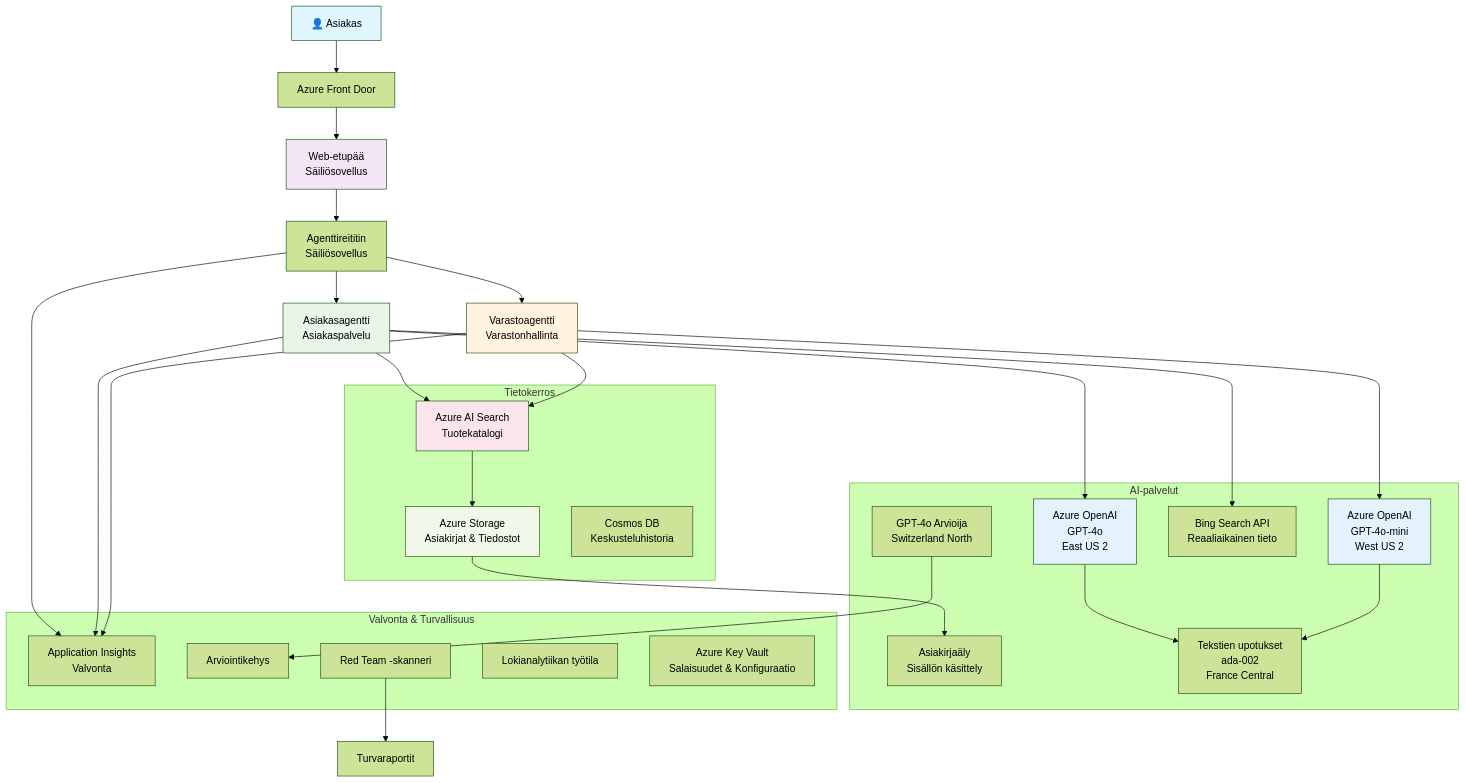
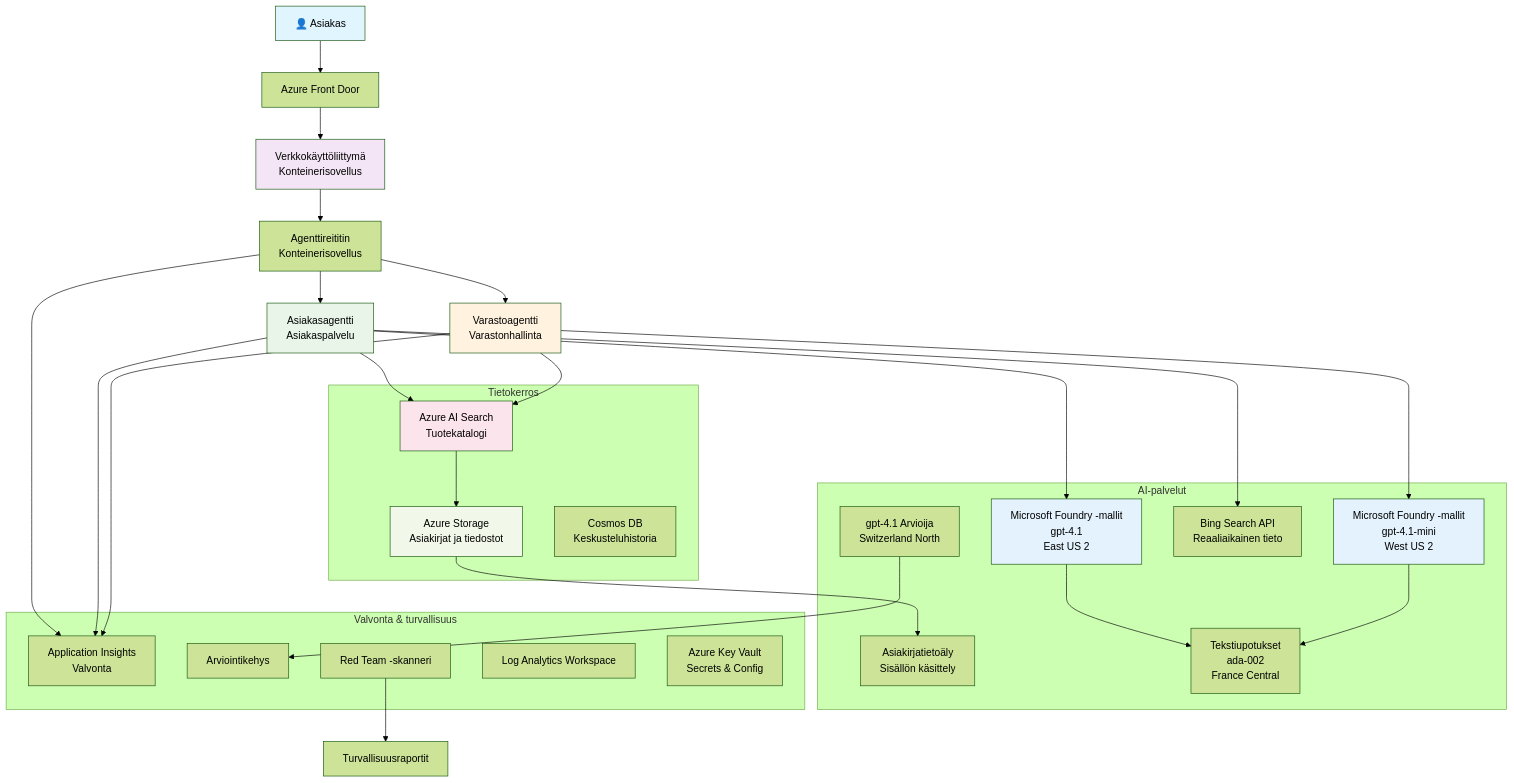
Before and after one commit to microsoft/AZD-for-beginners: the diagram in translations/fi/examples/retail-scenario.md, drawn with Mermaid (forest theme). The commit also changed other lines of this file and 101 other files, not shown here.

````diff
--- a/translations/fi/examples/retail-scenario.md
+++ b/translations/fi/examples/retail-scenario.md
@@ -139,61 +139,61 @@
 ```mermaid
 graph TB
     User[👤 Asiakas] --> LB[Azure Front Door]
-    LB --> WebApp[Web-etupää<br/>Säiliösovellus]
+    LB --> WebApp[Verkkokäyttöliittymä<br/>Konteinerisovellus]
     
-    WebApp --> Router[Agenttireititin<br/>Säiliösovellus]
+    WebApp --> Router[Agenttireititin<br/>Konteinerisovellus]
     Router --> CustomerAgent[Asiakasagentti<br/>Asiakaspalvelu]
     Router --> InvAgent[Varastoagentti<br/>Varastonhallinta]
     
-    CustomerAgent --> OpenAI1[Azure OpenAI<br/>GPT-4o<br/>East US 2]
-    InvAgent --> OpenAI2[Azure OpenAI<br/>GPT-4o-mini<br/>West US 2]
+    CustomerAgent --> OpenAI1[Microsoft Foundry -mallit<br/>gpt-4.1<br/>East US 2]
+    InvAgent --> OpenAI2[Microsoft Foundry -mallit<br/>gpt-4.1-mini<br/>West US 2]
     
     CustomerAgent --> AISearch[Azure AI Search<br/>Tuotekatalogi]
     CustomerAgent --> BingSearch[Bing Search API<br/>Reaaliaikainen tieto]
     InvAgent --> AISearch
     
-    AISearch --> Storage[Azure Storage<br/>Asiakirjat & Tiedostot]
-    Storage --> DocIntel[Asiakirjaäly<br/>Sisällön käsittely]
+    AISearch --> Storage[Azure Storage<br/>Asiakirjat ja tiedostot]
+    Storage --> DocIntel[Asiakirjatietoäly<br/>Sisällön käsittely]
     
-    OpenAI1 --> Embeddings[Tekstien upotukset<br/>ada-002<br/>France Central]
+    OpenAI1 --> Embeddings[Tekstiupotukset<br/>ada-002<br/>France Central]
     OpenAI2 --> Embeddings
     
     Router --> AppInsights[Application Insights<br/>Valvonta]
     CustomerAgent --> AppInsights
     InvAgent --> AppInsights
     
-    GraderModel[GPT-4o Arvioija<br/>Switzerland North] --> Evaluation[Arviointikehys]
-    RedTeam[Red Team -skanneri] --> SecurityReports[Turvaraportit]
+    GraderModel[gpt-4.1 Arvioija<br/>Switzerland North] --> Evaluation[Arviointikehys]
+    RedTeam[Red Team -skanneri] --> SecurityReports[Turvallisuusraportit]
     
     subgraph "Tietokerros"
         Storage
         AISearch
         CosmosDB[Cosmos DB<br/>Keskusteluhistoria]
     end
     
     subgraph "AI-palvelut"
         OpenAI1
         OpenAI2
         Embeddings
         GraderModel
         DocIntel
         BingSearch
     end
     
-    subgraph "Valvonta & Turvallisuus"
+    subgraph "Valvonta & turvallisuus"
         AppInsights
-        LogAnalytics[Lokianalytiikan työtila]
-        KeyVault[Azure Key Vault<br/>Salaisuudet & Konfiguraatio]
+        LogAnalytics[Log Analytics Workspace]
+        KeyVault[Azure Key Vault<br/>Secrets & Config]
         RedTeam
         Evaluation
     end
     
     style User fill:#e1f5fe
     style WebApp fill:#f3e5f5
     style CustomerAgent fill:#e8f5e8
     style InvAgent fill:#fff3e0
     style OpenAI1 fill:#e3f2fd
     style OpenAI2 fill:#e3f2fd
     style AISearch fill:#fce4ec
     style Storage fill:#f1f8e9
 ```
````
